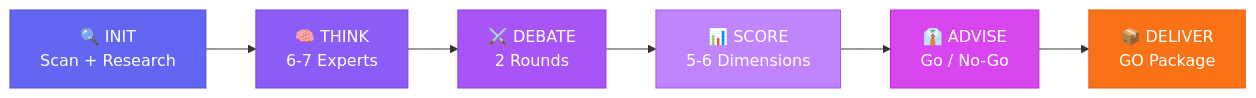
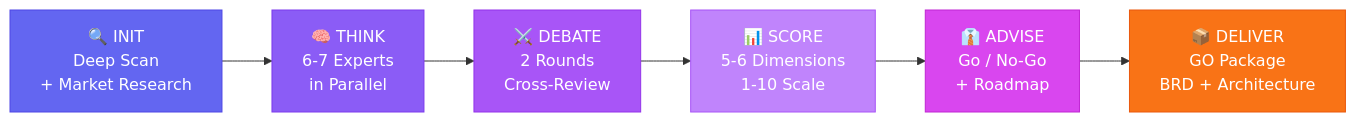
One commit to ebnrdwan/GangPlugin changed the first of 3 diagrams in README.md. Above: the diagram before and after it, drawn with Mermaid. The commit also changed other lines of this file, not shown here.

````diff
--- a/README.md
+++ b/README.md
@@ -55,15 +45,15 @@
 ```mermaid
 graph LR
-    A["🔍 INIT<br/>Scan + Research"] --> B["🧠 THINK<br/>6-7 Experts"]
-    B --> C["⚔️ DEBATE<br/>2 Rounds"]
-    C --> D["📊 SCORE<br/>5-6 Dimensions"]
-    D --> E["👔 ADVISE<br/>Go / No-Go"]
-    E --> F["📦 DELIVER<br/>GO Package"]
+    A["🔍 INIT<br/>Deep Scan<br/>+ Market Research"] --> B["🧠 THINK<br/>6-7 Experts<br/>in Parallel"]
+    B --> C["⚔️ DEBATE<br/>2 Rounds<br/>Cross-Review"]
+    C --> D["📊 SCORE<br/>5-6 Dimensions<br/>1-10 Scale"]
+    D --> E["👔 ADVISE<br/>Go / No-Go<br/>+ Roadmap"]
+    E --> F["📦 DELIVER<br/>GO Package<br/>BRD + Architecture"]
 
     style A fill:#6366f1,stroke:#4f46e5,color:#fff
     style B fill:#8b5cf6,stroke:#7c3aed,color:#fff
     style C fill:#a855f7,stroke:#9333ea,color:#fff
     style D fill:#c084fc,stroke:#a855f7,color:#fff
     style E fill:#d946ef,stroke:#c026d3,color:#fff
     style F fill:#f97316,stroke:#ea580c,color:#fff
 ```
````
